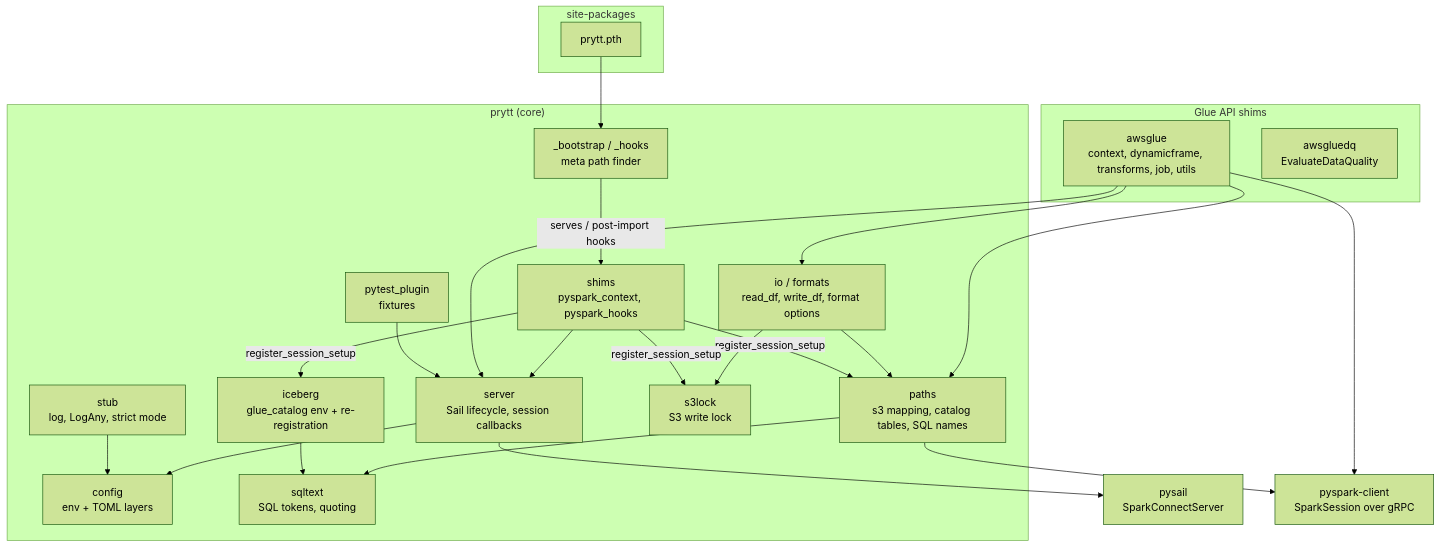
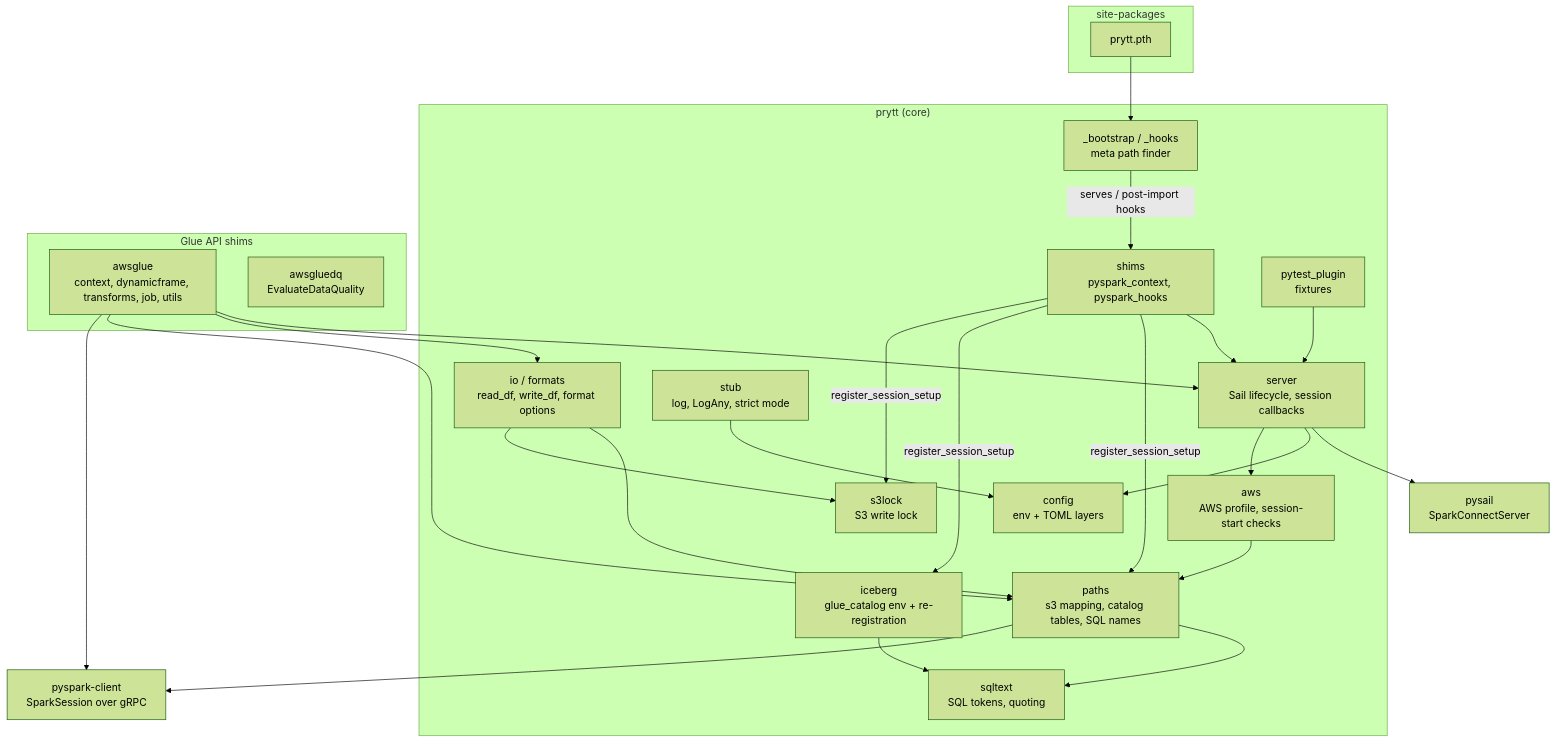
Before and after one commit to JoshuaBotha/prytt: the second of 4 diagrams in docs/architecture/overview.md, drawn with Mermaid (forest theme). The commit also changed other lines of this file and 26 other files, not shown here.

Commit message:
feat: AWS profile auth and S3 user guide (#23)

````diff
--- a/docs/architecture/overview.md
+++ b/docs/architecture/overview.md
@@ -62,45 +62,48 @@
 ```mermaid
 flowchart TB
     subgraph site["site-packages"]
         pth["prytt.pth"]
     end
     subgraph prytt["prytt (core)"]
         boot["_bootstrap / _hooks<br/>meta path finder"]
         shims["shims<br/>pyspark_context, pyspark_hooks"]
         server["server<br/>Sail lifecycle, session callbacks"]
         config["config<br/>env + TOML layers"]
         paths["paths<br/>s3 mapping, catalog tables, SQL names"]
         sqltext["sqltext<br/>SQL tokens, quoting"]
         iceberg["iceberg<br/>glue_catalog env + re-registration"]
         s3lock["s3lock<br/>S3 write lock"]
+        aws["aws<br/>AWS profile, session-start checks"]
         io["io / formats<br/>read_df, write_df, format options"]
         stub["stub<br/>log, LogAny, strict mode"]
         plugin["pytest_plugin<br/>fixtures"]
     end
     subgraph api["Glue API shims"]
         awsglue["awsglue<br/>context, dynamicframe, transforms, job, utils"]
         dq["awsgluedq<br/>EvaluateDataQuality"]
     end
     pysail["pysail<br/>SparkConnectServer"]
     client["pyspark-client<br/>SparkSession over gRPC"]
 
     pth --> boot
     boot -->|serves / post-import hooks| shims
     shims --> server
     awsglue --> server
     awsglue --> io
     awsglue --> paths
     io --> paths
     io --> s3lock
     server --> pysail
     server --> config
+    server --> aws
+    aws --> paths
     paths --> sqltext
     iceberg --> sqltext
     shims -->|register_session_setup| paths
     shims -->|register_session_setup| iceberg
     shims -->|register_session_setup| s3lock
     awsglue --> client
     paths --> client
     plugin --> server
     stub --> config
 ```
````
